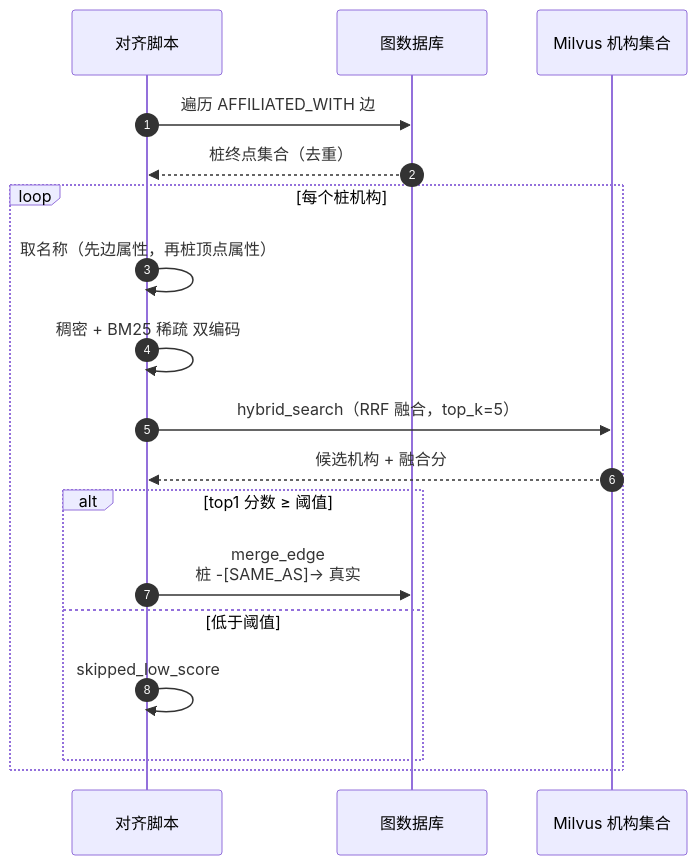
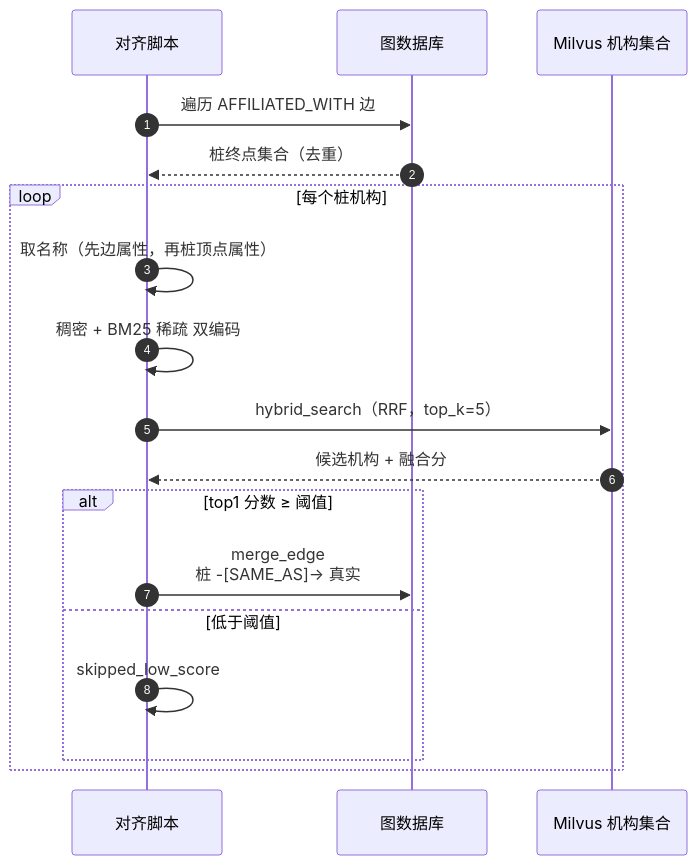
Before and after one commit to Marisolebxf/tech-kg-api: the third of 4 diagrams in backend/docs/scholar_relation_flow.md, drawn with Mermaid. The commit also changed other lines of this file and 1 other file, not shown here.

````diff
--- a/backend/docs/scholar_relation_flow.md
+++ b/backend/docs/scholar_relation_flow.md
@@ -247,22 +132,22 @@
 ```mermaid
 sequenceDiagram
     autonumber
     participant Aln as 对齐脚本
     participant Graph as 图数据库
     participant Milv as Milvus 机构集合
 
     Aln->>Graph: 遍历 AFFILIATED_WITH 边
     Graph-->>Aln: 桩终点集合（去重）
 
     loop 每个桩机构
         Aln->>Aln: 取名称（先边属性，再桩顶点属性）
         Aln->>Aln: 稠密 + BM25 稀疏 双编码
-        Aln->>Milv: hybrid_search（RRF 融合，top_k=5）
+        Aln->>Milv: hybrid_search（RRF，top_k=5）
         Milv-->>Aln: 候选机构 + 融合分
         alt top1 分数 ≥ 阈值
             Aln->>Graph: merge_edge<br/>桩 -[SAME_AS]-> 真实
         else 低于阈值
             Aln->>Aln: skipped_low_score
         end
     end
 ```
````
